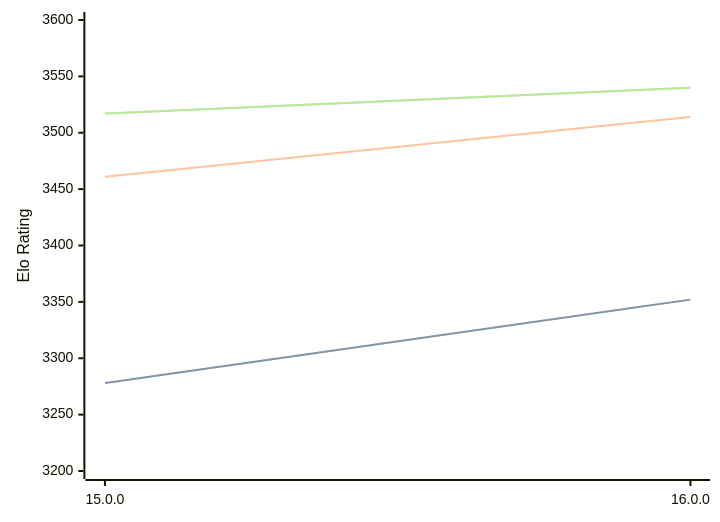
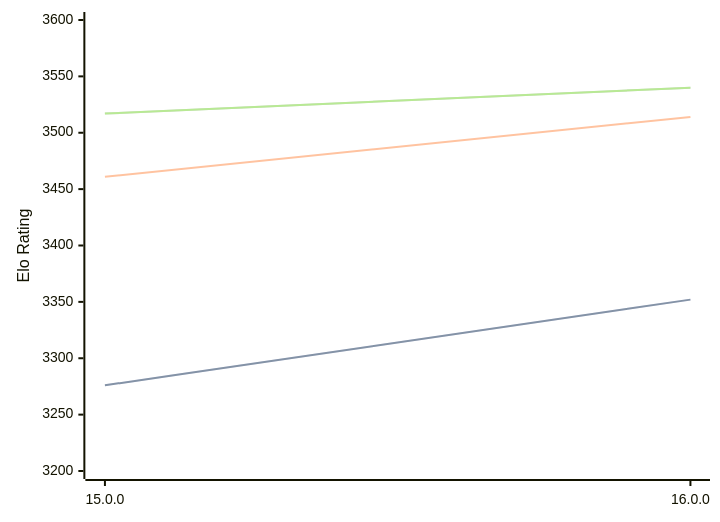
One commit to computer-chess-index/cci changed the diagram in engines/Halogen.md. Above: the diagram before and after it, drawn with Mermaid. The commit also changed other lines of this file, not shown here.

````diff
--- a/engines/Halogen.md
+++ b/engines/Halogen.md
@@ -50,11 +50,11 @@
 ```mermaid
 %%{init: {"theme":"base","themeVariables":{"seriesColors:['#a3a3a3','#222221','#faa371']}}}%%
 xychart-beta
   x-axis ["15.0.0", "16.0.0"]
   y-axis "Elo Rating" 3200 --> 3600
-  line "STC (8.0+0.08s)" [3278, 3352]
-  line "STC (8.0+0.08s)" [3278, 3352]
+  line "STC (8.0+0.08s)" [3276, 3352]
+  line "STC (8.0+0.08s)" [3276, 3352]
   line "LTC (60.0+0.60s)" [3461, 3514]
   line "VLTC (2m24s+1.12s)" [3517, 3540]
   line "VLTC (2m24s+1.12s)" [3517, 3540]
 ```
````
